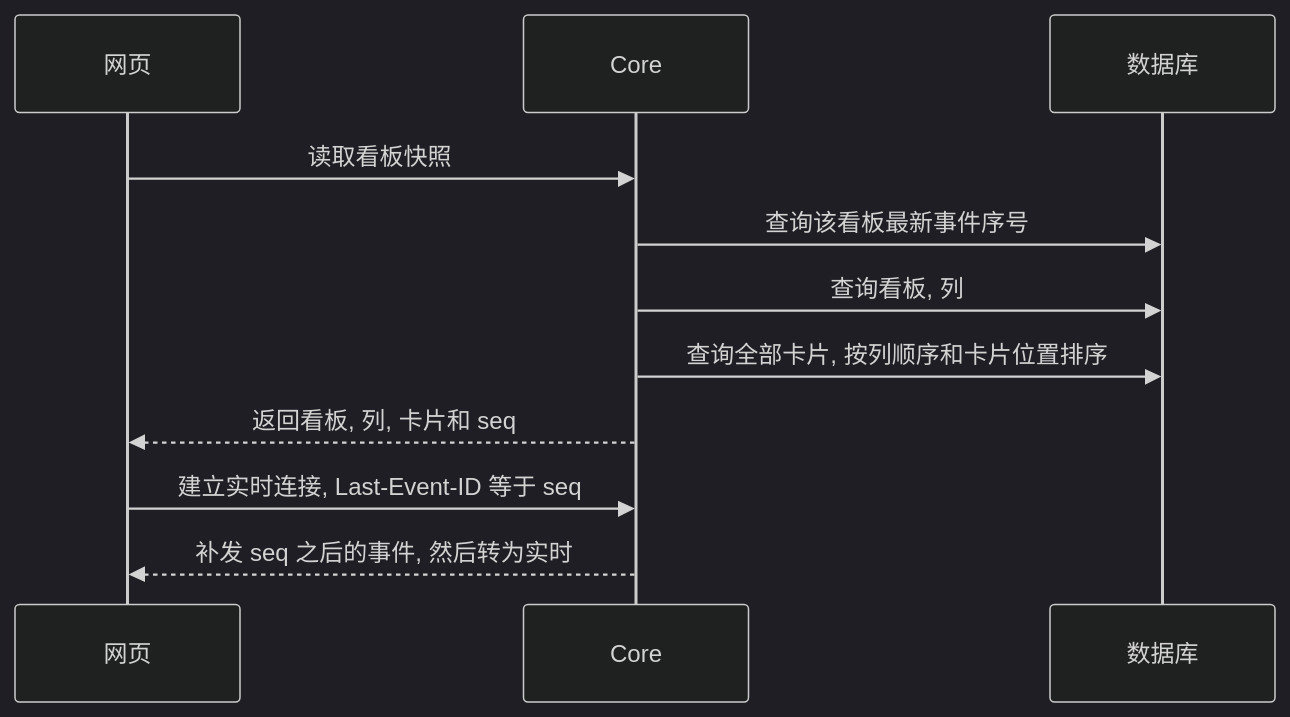
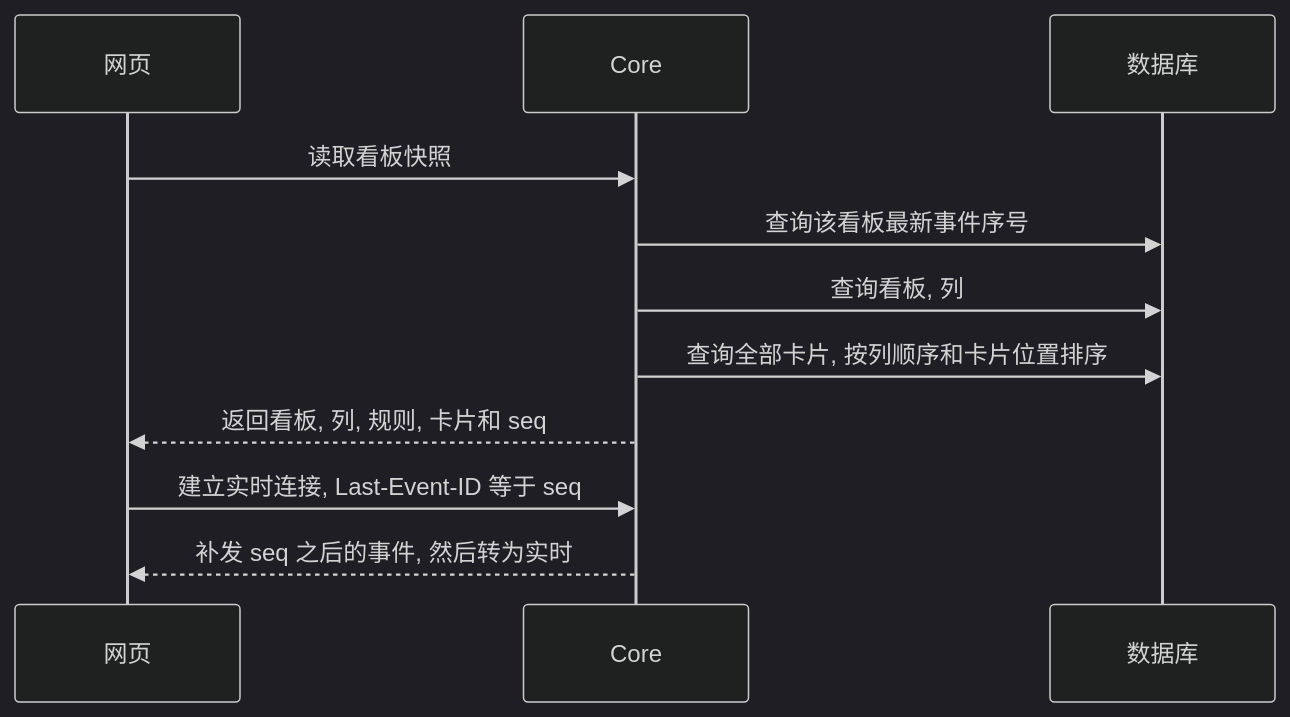
One commit to ixugo/slate-kanban changed the seventh of 7 diagrams in .cursor/scopes/kanban.board.go.md. Above: the diagram before and after it, drawn with Mermaid (dark theme). The commit also changed other lines of this file and 1 other file, not shown here.

````diff
--- a/.cursor/scopes/kanban.board.go.md
+++ b/.cursor/scopes/kanban.board.go.md
@@ -189,14 +213,14 @@
 ```mermaid
 sequenceDiagram
     participant W as 网页
     participant C as Core
     participant D as 数据库
 
     W->>C: 读取看板快照
     C->>D: 查询该看板最新事件序号
     C->>D: 查询看板, 列
     C->>D: 查询全部卡片, 按列顺序和卡片位置排序
-    C-->>W: 返回看板, 列, 卡片和 seq
+    C-->>W: 返回看板, 列, 规则, 卡片和 seq
     W->>C: 建立实时连接, Last-Event-ID 等于 seq
     C-->>W: 补发 seq 之后的事件, 然后转为实时
 ```
````
